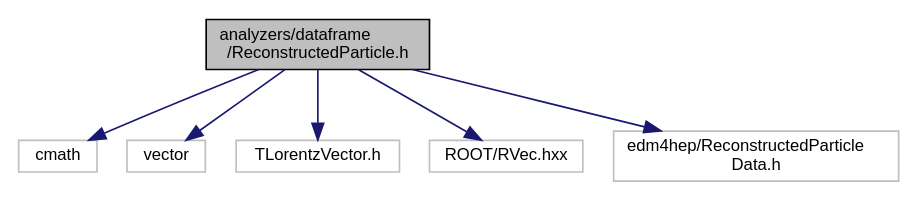
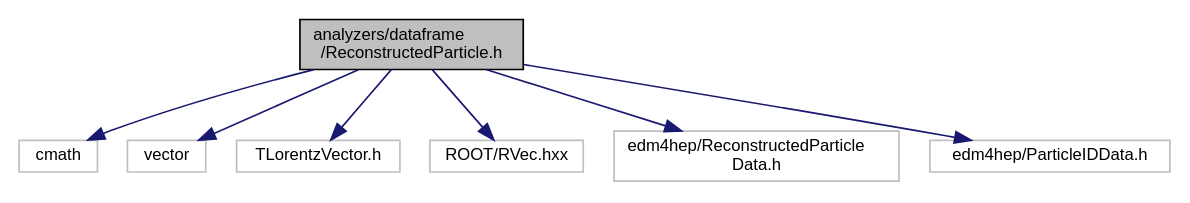
The diagram in doc/latest/_reconstructed_particle_8h__incl.dot (HEP-FCC/FCCAnalyses), drawn with Graphviz before and after one commit. The commit also changed 121 other files, not shown here.

```diff
--- a/doc/latest/_reconstructed_particle_8h__incl.dot
+++ b/doc/latest/_reconstructed_particle_8h__incl.dot
@@ -1,17 +1,19 @@
 digraph "analyzers/dataframe/ReconstructedParticle.h"
 {
  // LATEX_PDF_SIZE
   edge [fontname="Helvetica",fontsize="10",labelfontname="Helvetica",labelfontsize="10"];
   node [fontname="Helvetica",fontsize="10",shape=record];
   Node1 [label="analyzers/dataframe\l/ReconstructedParticle.h",height=0.2,width=0.4,color="black", fillcolor="grey75", style="filled", fontcolor="black",tooltip=" "];
   Node1 -> Node2 [color="midnightblue",fontsize="10",style="solid",fontname="Helvetica"];
   Node2 [label="cmath",height=0.2,width=0.4,color="grey75", fillcolor="white", style="filled",tooltip=" "];
   Node1 -> Node3 [color="midnightblue",fontsize="10",style="solid",fontname="Helvetica"];
   Node3 [label="vector",height=0.2,width=0.4,color="grey75", fillcolor="white", style="filled",tooltip=" "];
   Node1 -> Node4 [color="midnightblue",fontsize="10",style="solid",fontname="Helvetica"];
   Node4 [label="TLorentzVector.h",height=0.2,width=0.4,color="grey75", fillcolor="white", style="filled",tooltip=" "];
   Node1 -> Node5 [color="midnightblue",fontsize="10",style="solid",fontname="Helvetica"];
   Node5 [label="ROOT/RVec.hxx",height=0.2,width=0.4,color="grey75", fillcolor="white", style="filled",tooltip=" "];
   Node1 -> Node6 [color="midnightblue",fontsize="10",style="solid",fontname="Helvetica"];
   Node6 [label="edm4hep/ReconstructedParticle\lData.h",height=0.2,width=0.4,color="grey75", fillcolor="white", style="filled",tooltip=" "];
+  Node1 -> Node7 [color="midnightblue",fontsize="10",style="solid",fontname="Helvetica"];
+  Node7 [label="edm4hep/ParticleIDData.h",height=0.2,width=0.4,color="grey75", fillcolor="white", style="filled",tooltip=" "];
 }
```
